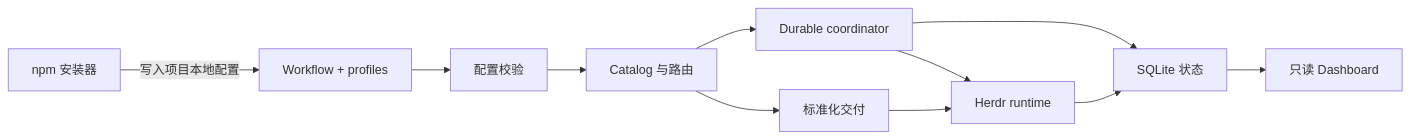
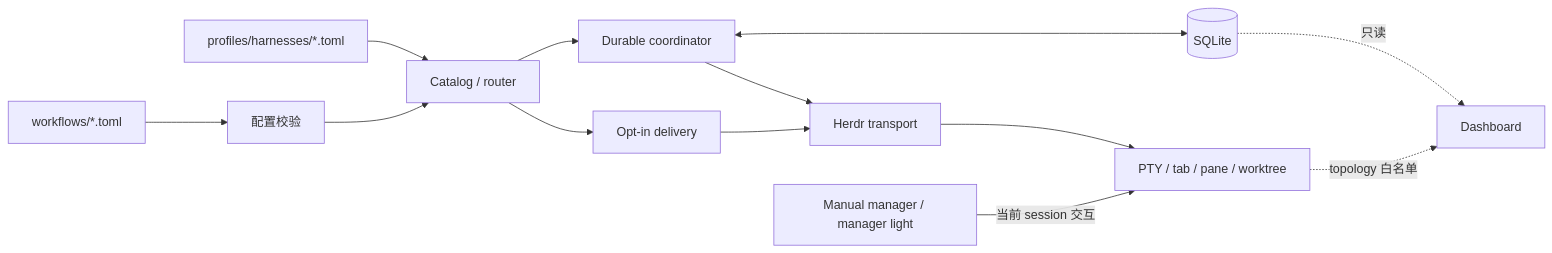
One commit to oldwinter/herdr-orchestrator changed the diagram in droid-wiki/systems/index.md. Above: the diagram before and after it, drawn with Mermaid. The commit also changed other lines of this file and 62 other files, not shown here.

````diff
--- a/droid-wiki/systems/index.md
+++ b/droid-wiki/systems/index.md
@@ -52,13 +60,15 @@
 ```mermaid
-graph LR
-    Installer["npm 安装器"] -->|写入项目本地配置| Workflow["Workflow + profiles"]
-    Workflow --> Config["配置校验"]
-    Config --> Router["Catalog 与路由"]
-    Router --> Queue["Durable coordinator"]
-    Router --> Delivery["标准化交付"]
-    Queue --> Herdr["Herdr runtime"]
-    Delivery --> Herdr
-    Queue --> Store["SQLite 状态"]
-    Store --> Dashboard["只读 Dashboard"]
-    Herdr --> Store
+flowchart LR
+    W["workflows/*.toml"] --> C["配置校验"]
+    P["profiles/harnesses/*.toml"] --> R["Catalog / router"]
+    C --> R
+    R --> Q["Durable coordinator"]
+    R --> D["Opt-in delivery"]
+    Q <--> S[("SQLite")]
+    Q --> H["Herdr transport"]
+    D --> H
+    H --> T["PTY / tab / pane / worktree"]
+    S -. 只读 .-> V["Dashboard"]
+    T -. topology 白名单 .-> V
+    M["Manual manager / manager light"] -->|当前 session 交互| T
 ```
````
